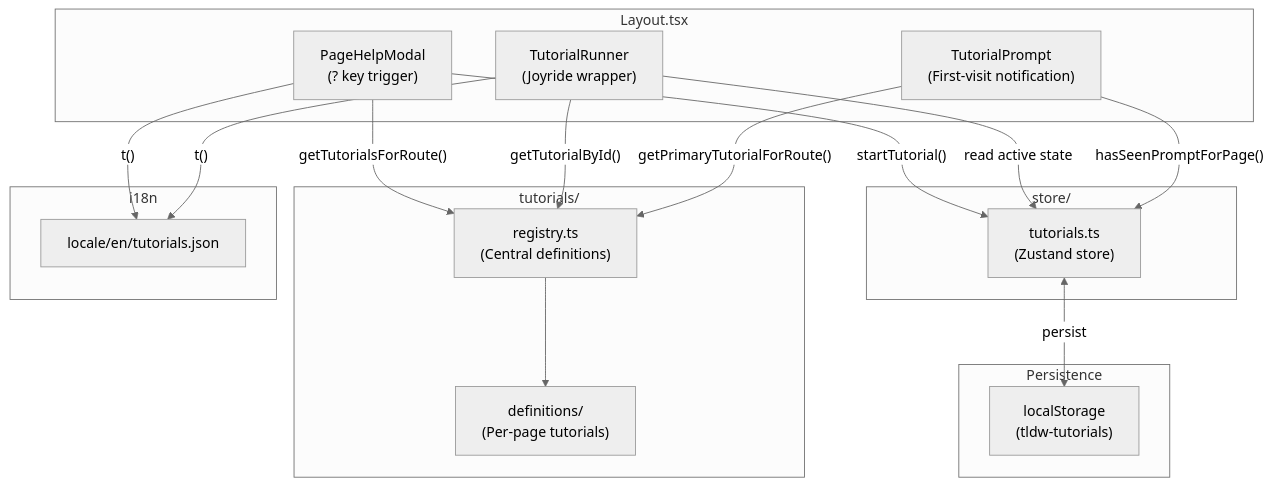
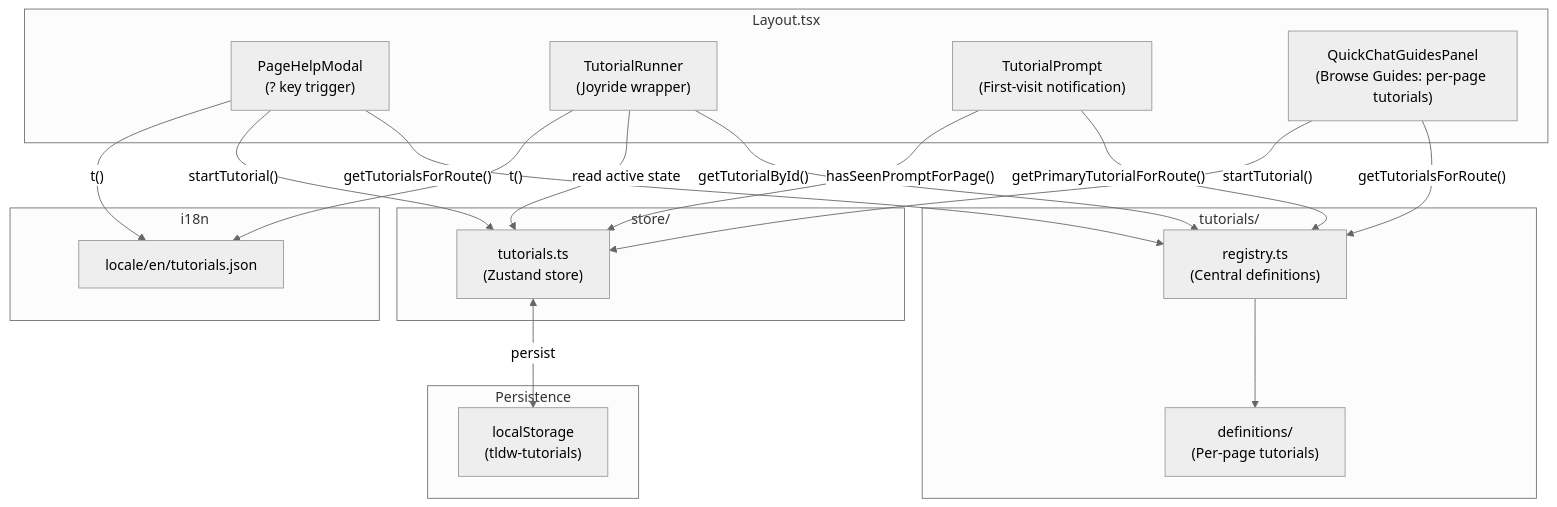
Before and after one commit to khuushichand/aiml-project: the diagram in Docs/Code_Documentation/Tutorial_System_Developer_Guide.md, drawn with Mermaid (neutral theme). The commit also changed other lines of this file and 136 other files, not shown here.

````diff
--- a/Docs/Code_Documentation/Tutorial_System_Developer_Guide.md
+++ b/Docs/Code_Documentation/Tutorial_System_Developer_Guide.md
@@ -17,36 +18,39 @@
 ```mermaid
 flowchart TB
     subgraph Layout["Layout.tsx"]
         PageHelpModal["PageHelpModal<br/>(? key trigger)"]
         TutorialRunner["TutorialRunner<br/>(Joyride wrapper)"]
         TutorialPrompt["TutorialPrompt<br/>(First-visit notification)"]
+        QuickChatGuidesPanel["QuickChatGuidesPanel<br/>(Browse Guides: per-page tutorials)"]
     end
 
     subgraph Registry["tutorials/"]
         TutorialRegistry["registry.ts<br/>(Central definitions)"]
         Definitions["definitions/<br/>(Per-page tutorials)"]
     end
 
     subgraph Store["store/"]
         TutorialStore["tutorials.ts<br/>(Zustand store)"]
     end
 
     subgraph Persistence["Persistence"]
         LocalStorage["localStorage<br/>(tldw-tutorials)"]
     end
 
     subgraph i18n["i18n"]
         TutorialStrings["locale/en/tutorials.json"]
     end
 
     PageHelpModal -->|"getTutorialsForRoute()"| TutorialRegistry
+    QuickChatGuidesPanel -->|"getTutorialsForRoute()"| TutorialRegistry
     PageHelpModal -->|"startTutorial()"| TutorialStore
+    QuickChatGuidesPanel -->|"startTutorial()"| TutorialStore
     TutorialRunner -->|"getTutorialById()"| TutorialRegistry
     TutorialRunner -->|"read active state"| TutorialStore
     TutorialPrompt -->|"getPrimaryTutorialForRoute()"| TutorialRegistry
     TutorialPrompt -->|"hasSeenPromptForPage()"| TutorialStore
     TutorialRegistry --> Definitions
     TutorialStore <-->|"persist"| LocalStorage
     PageHelpModal -->|"t()"| TutorialStrings
     TutorialRunner -->|"t()"| TutorialStrings
 ```
````
